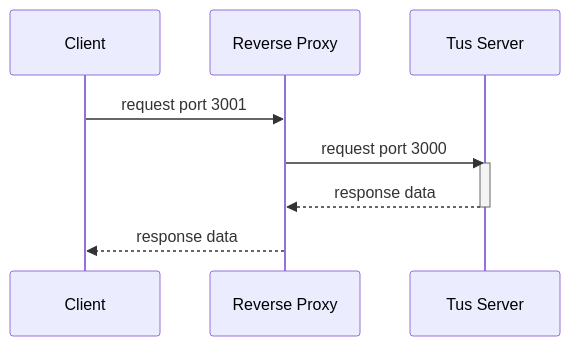
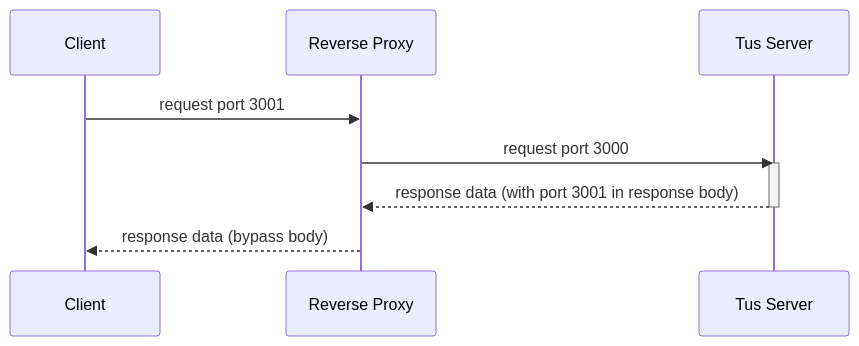
Before and after one commit to dafanasiev/tus-node-server_reverse-proxy_sample: the diagram in README.md, drawn with Mermaid.

````diff
--- a/README.md
+++ b/README.md
@@ -6,10 +6,10 @@
 ```mermaid
 sequenceDiagram
 
     Client->>Reverse Proxy: request port 3001
     Reverse Proxy->>Tus Server: request port 3000
     activate Tus Server
-    Tus Server-->>Reverse Proxy: response data
+    Tus Server-->>Reverse Proxy: response data (with port 3001 in response body)
     deactivate Tus Server
-    Reverse Proxy-->>Client: response data
+    Reverse Proxy-->>Client: response data (bypass body)
 ```
````
